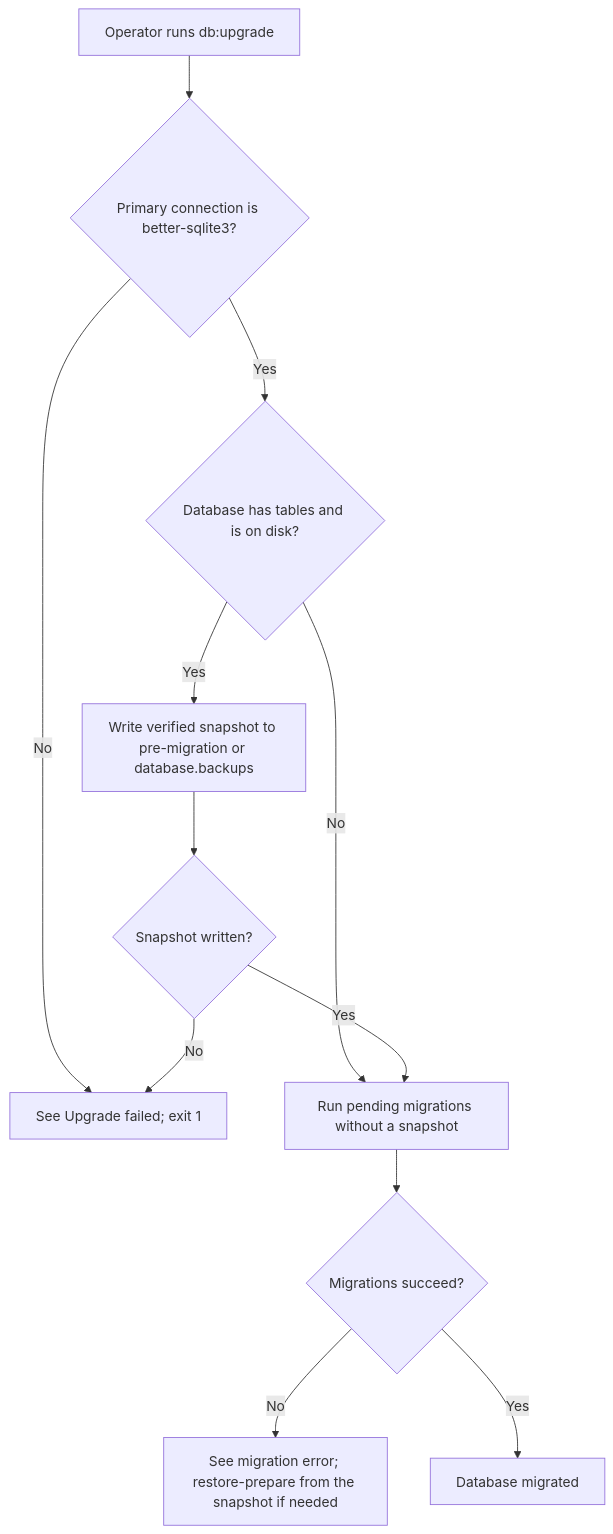
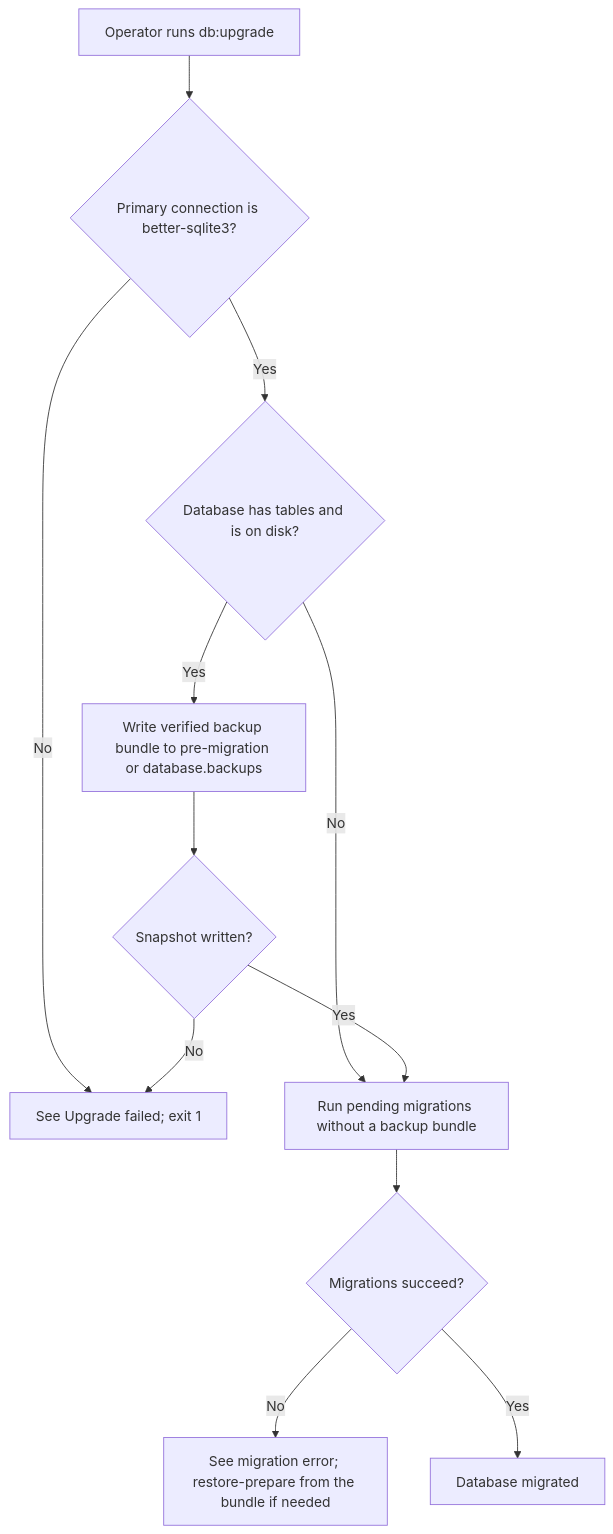
Before and after one commit to Kevinjohn/oss-adonisjs-sqlite-backup: the first of 2 diagrams in user-stories/upgrade-database/us-op-06-upgrade-database.md, drawn with Mermaid. The commit also changed other lines of this file and 24 other files, not shown here.

````diff
--- a/user-stories/upgrade-database/us-op-06-upgrade-database.md
+++ b/user-stories/upgrade-database/us-op-06-upgrade-database.md
@@ -27,14 +27,14 @@
 ```mermaid
 flowchart TD
     A["Operator runs db:upgrade"] --> B{"Primary connection is better-sqlite3?"}
     B -->|No| C["See Upgrade failed; exit 1"]
     B -->|Yes| D{"Database has tables and is on disk?"}
-    D -->|No| G["Run pending migrations without a snapshot"]
-    D -->|Yes| E["Write verified snapshot to pre-migration or database.backups"]
+    D -->|No| G["Run pending migrations without a backup bundle"]
+    D -->|Yes| E["Write verified backup bundle to pre-migration or database.backups"]
     E --> F{"Snapshot written?"}
     F -->|No| C
     F -->|Yes| G
     G --> H{"Migrations succeed?"}
-    H -->|No| I["See migration error; restore-prepare from the snapshot if needed"]
+    H -->|No| I["See migration error; restore-prepare from the bundle if needed"]
     H -->|Yes| J["Database migrated"]
 ```
````
